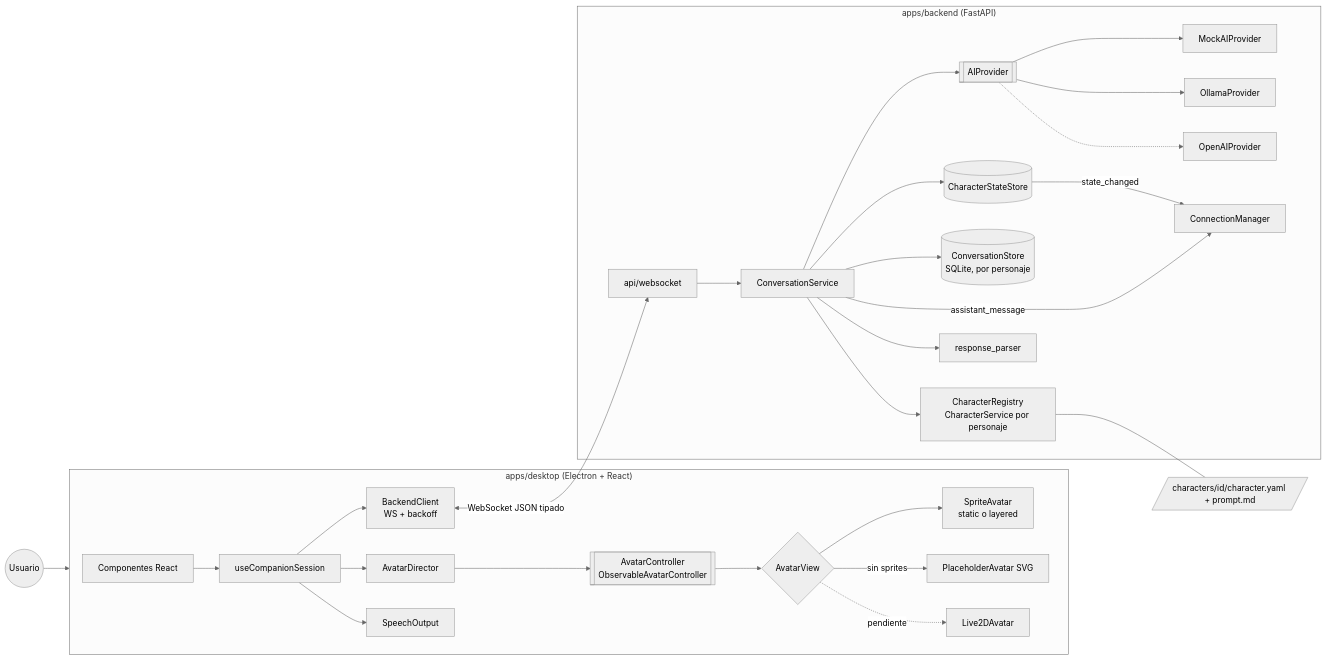
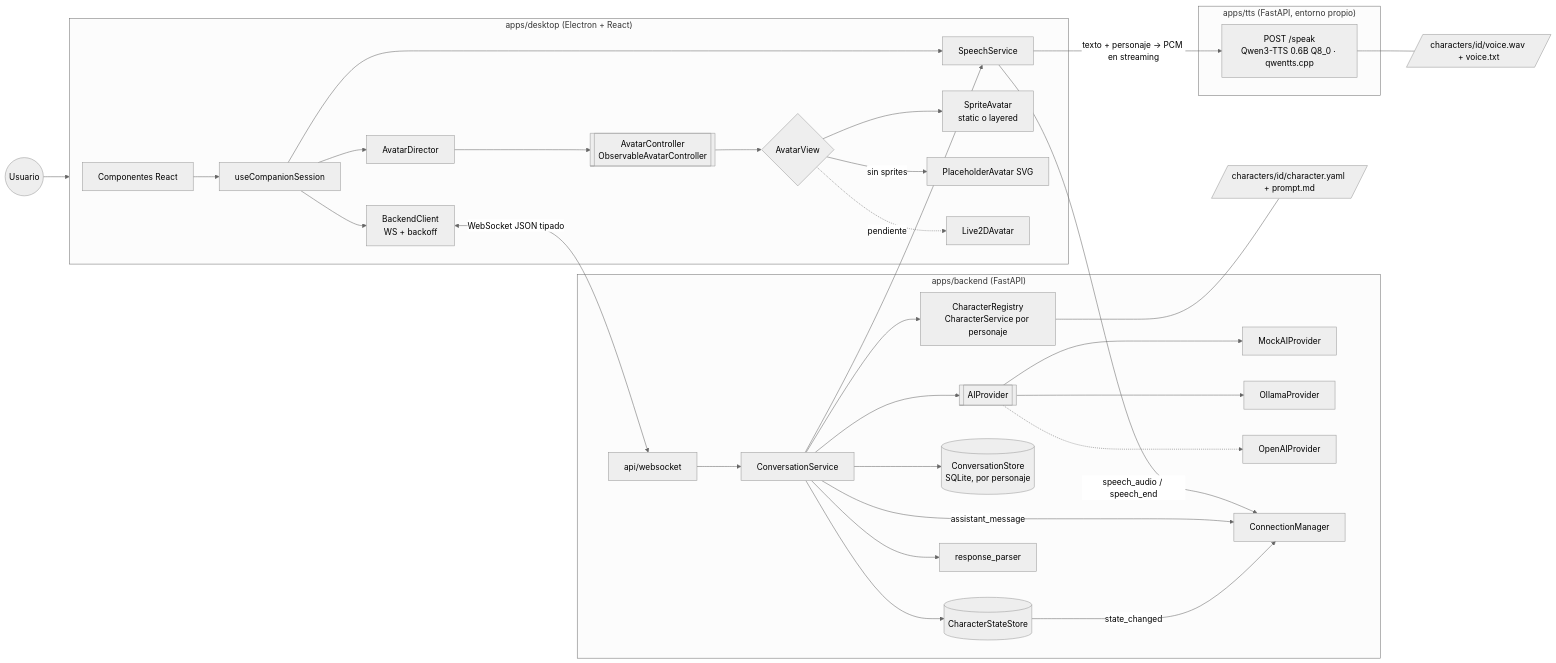
The first of 2 diagrams in docs/architecture.md (hariasimov21/V-companion), drawn with Mermaid (neutral theme) before and after one commit. The commit also changed other lines of this file and 50 other files, not shown here.

Commit message:
Voz con qwentts.cpp a 8 bits, volumen y versión web para WSL

````diff
--- a/docs/architecture.md
+++ b/docs/architecture.md
@@ -8,34 +8,43 @@
 ```mermaid
 flowchart LR
     User((Usuario)) --> Desktop
 
     subgraph Desktop["apps/desktop (Electron + React)"]
         UI[Componentes React] --> Session[useCompanionSession]
         Session --> Client[BackendClient<br/>WS + backoff]
         Session --> Director[AvatarDirector]
         Session --> Speech[SpeechOutput]
         Director --> AvatarCtl[[AvatarController<br/>ObservableAvatarController]]
         AvatarCtl --> View{AvatarView}
         View --> Sprite[SpriteAvatar<br/>static o layered]
         View -->|sin sprites| Placeholder[PlaceholderAvatar SVG]
         View -.pendiente.-> Live2D[Live2DAvatar]
     end
 
     Client <-->|WebSocket JSON tipado| WS
 
     subgraph Backend["apps/backend (FastAPI)"]
         WS[api/websocket] --> Conv[ConversationService]
         Conv --> State[(CharacterStateStore)]
         Conv --> Char[CharacterRegistry<br/>CharacterService por personaje]
         Conv --> Store[(ConversationStore<br/>SQLite, por personaje)]
         Conv --> AI[[AIProvider]]
         AI --> Mock[MockAIProvider]
         AI --> Ollama[OllamaProvider]
         AI -.-> OpenAI[OpenAIProvider]
         Conv --> Parser[response_parser]
+        Conv --> Speech[SpeechService]
         State -->|state_changed| Conn[ConnectionManager]
         Conv -->|assistant_message| Conn
+        Speech -->|speech_audio / speech_end| Conn
     end
+
+    subgraph TTS["apps/tts (FastAPI, entorno propio)"]
+        Speak[POST /speak<br/>Qwen3-TTS 0.6B Q8_0 · qwentts.cpp]
+    end
+
+    Speech -->|texto + personaje → PCM en streaming| Speak
+    Speak --- Voice[/characters/id/voice.wav + voice.txt/]
 
     Char --- Yaml[/characters/id/character.yaml + prompt.md/]
 ```
````
